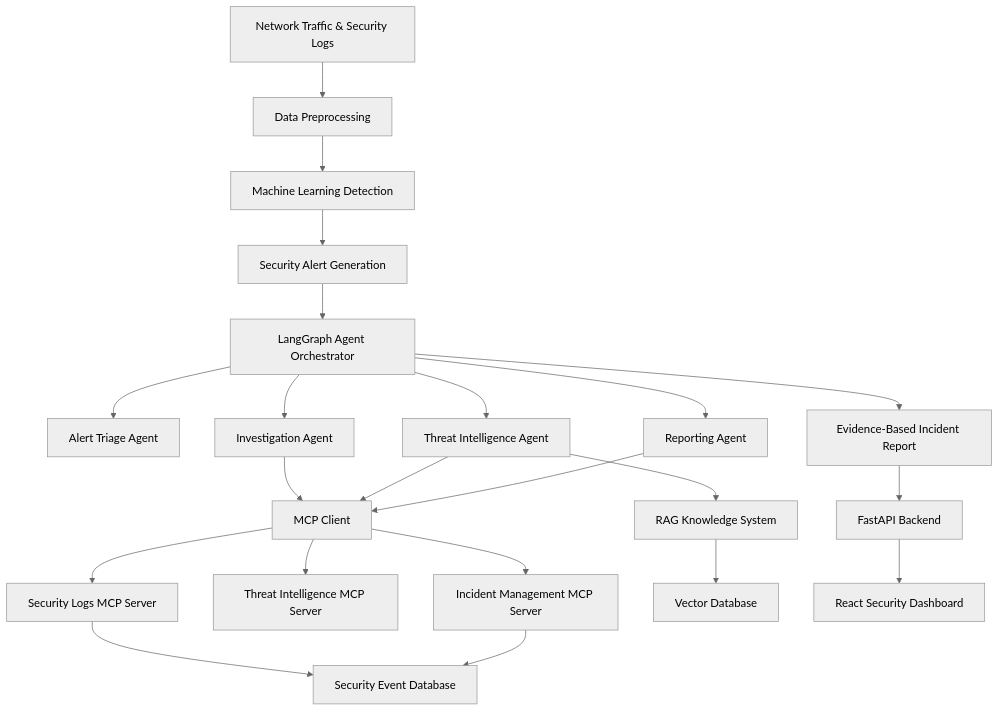
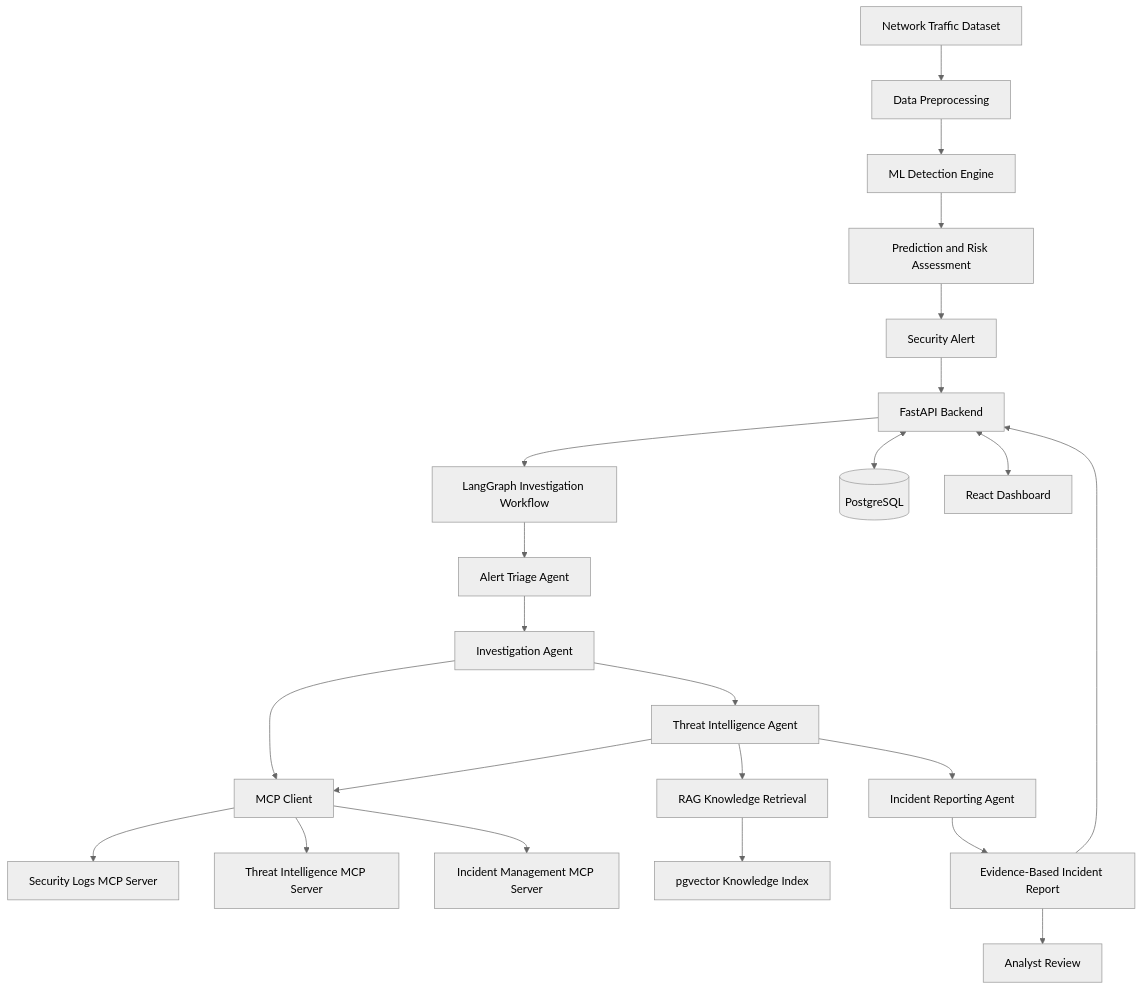
The first of 4 diagrams in README.md (arrathikan/CyberSentinel-AI), drawn with Mermaid (neutral theme) before and after one commit. The commit also changed other lines of this file, not shown here.

Commit message:
Update README with CyberAgent AI architecture and project documentation

````diff
--- a/README.md
+++ b/README.md
@@ -124,30 +207,32 @@
 ```mermaid
 flowchart TD
-    A["Network Traffic & Security Logs"] --> B["Data Preprocessing"]
-    B --> C["Machine Learning Detection"]
-    C --> D["Security Alert Generation"]
-    D --> E["LangGraph Agent Orchestrator"]
+    A["Network Traffic Dataset"] --> B["Data Preprocessing"]
+    B --> C["ML Detection Engine"]
+    C --> D["Prediction and Risk Assessment"]
+    D --> E["Security Alert"]
 
-    E --> F["Alert Triage Agent"]
-    E --> G["Investigation Agent"]
-    E --> H["Threat Intelligence Agent"]
-    E --> I["Reporting Agent"]
+    E --> F["FastAPI Backend"]
+    F --> G["LangGraph Investigation Workflow"]
 
-    G --> J["MCP Client"]
-    H --> J
-    I --> J
+    G --> H["Alert Triage Agent"]
+    H --> I["Investigation Agent"]
+    I --> J["Threat Intelligence Agent"]
+    J --> K["Incident Reporting Agent"]
 
-    J --> K["Security Logs MCP Server"]
-    J --> L["Threat Intelligence MCP Server"]
-    J --> M["Incident Management MCP Server"]
+    I --> L["MCP Client"]
+    J --> L
 
-    H --> N["RAG Knowledge System"]
-    N --> O["Vector Database"]
+    L --> M["Security Logs MCP Server"]
+    L --> N["Threat Intelligence MCP Server"]
+    L --> O["Incident Management MCP Server"]
 
-    K --> P["Security Event Database"]
-    M --> P
+    J --> P["RAG Knowledge Retrieval"]
+    P --> Q["pgvector Knowledge Index"]
 
-    E --> Q["Evidence-Based Incident Report"]
-    Q --> R["FastAPI Backend"]
-    R --> S["React Security Dashboard"]
+    K --> R["Evidence-Based Incident Report"]
+    R --> S["Analyst Review"]
+
+    F <--> T[("PostgreSQL")]
+    F <--> U["React Dashboard"]
+    R --> F
 ```
````
